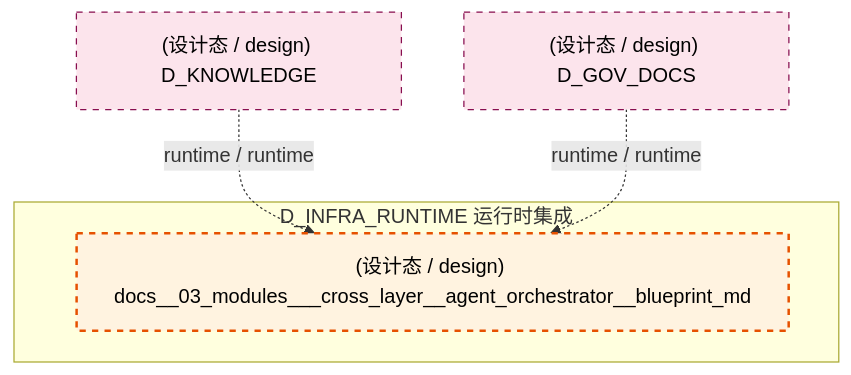
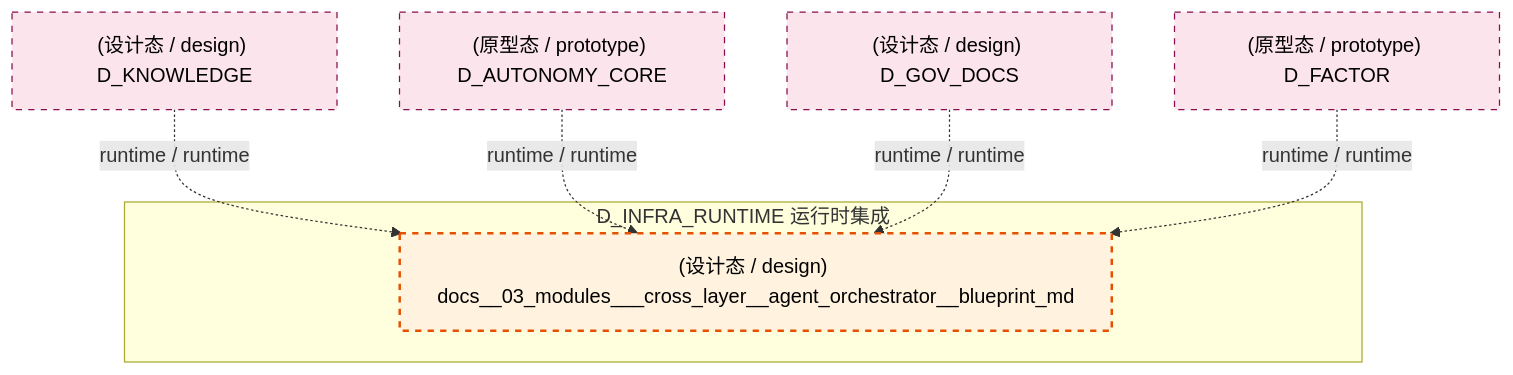
Before and after one commit to xuanFelixVan/ZephyrAlpha: diagram 14 of 16 in docs/02_enterprise_architecture/02_domain_architecture_docs/04_d_infra_runtime.md, drawn with Mermaid. The commit also changed other lines of this file and 127 other files, not shown here.

First line of the commit message:
chore(docs): S2-2 refresh architecture docs after depgraph rebuild

````diff
--- a/docs/02_enterprise_architecture/02_domain_architecture_docs/04_d_infra_runtime.md
+++ b/docs/02_enterprise_architecture/02_domain_architecture_docs/04_d_infra_runtime.md
@@ -1720,16 +1721,20 @@
 ```mermaid
 graph TD
     subgraph D_INFRA_RUNTIME["D_INFRA_RUNTIME 运行时集成"]
         docs_03_modules_cross_layer_agent_orchestrator_blueprint_md["(设计态 / design) docs__03_modules___cross_layer__agent_orchestrator__blueprint_md"]
     end
     D_KNOWLEDGE["(设计态 / design) D_KNOWLEDGE"]
     D_KNOWLEDGE -.->|runtime / runtime| docs_03_modules_cross_layer_agent_orchestrator_blueprint_md
+    D_AUTONOMY_CORE["(原型态 / prototype) D_AUTONOMY_CORE"]
+    D_AUTONOMY_CORE -.->|runtime / runtime| docs_03_modules_cross_layer_agent_orchestrator_blueprint_md
     D_GOV_DOCS["(设计态 / design) D_GOV_DOCS"]
     D_GOV_DOCS -.->|runtime / runtime| docs_03_modules_cross_layer_agent_orchestrator_blueprint_md
+    D_FACTOR["(原型态 / prototype) D_FACTOR"]
+    D_FACTOR -.->|runtime / runtime| docs_03_modules_cross_layer_agent_orchestrator_blueprint_md
     classDef production fill:#e1f5fe,stroke:#01579b,stroke-width:2px,color:#000
     classDef design fill:#fff3e0,stroke:#e65100,stroke-width:2px,color:#000,stroke-dasharray: 5 5
     classDef external_prod fill:#e8f5e9,stroke:#1b5e20,stroke-width:1px,color:#000
     classDef external_design fill:#fce4ec,stroke:#880e4f,stroke-width:1px,color:#000,stroke-dasharray: 5 5
     class docs_03_modules_cross_layer_agent_orchestrator_blueprint_md design
-    class D_KNOWLEDGE,D_GOV_DOCS external_design
+    class D_KNOWLEDGE,D_AUTONOMY_CORE,D_GOV_DOCS,D_FACTOR external_design
 ```
````
